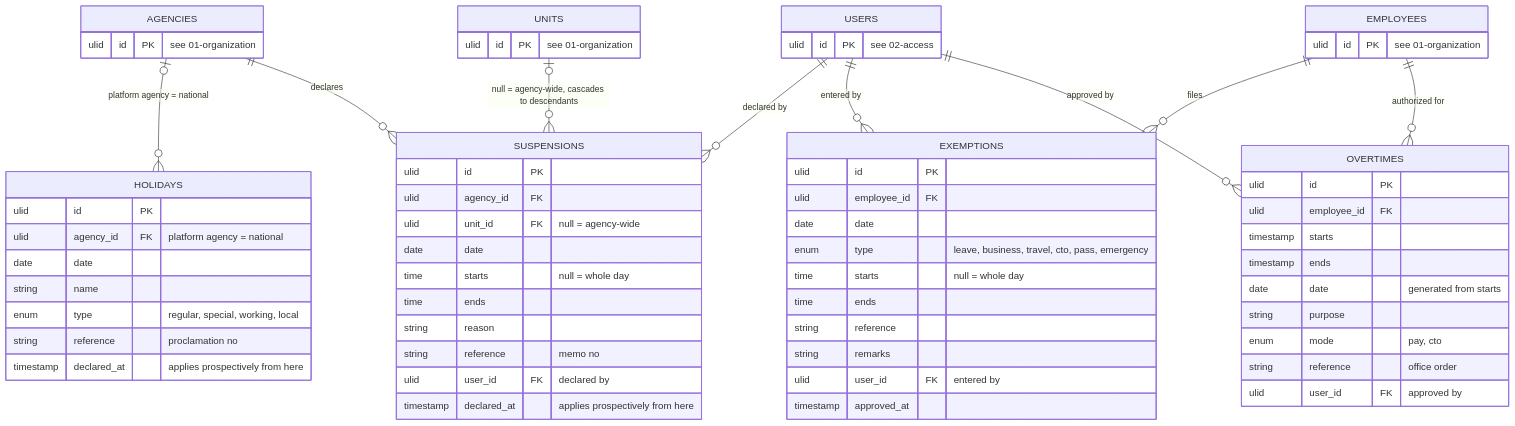
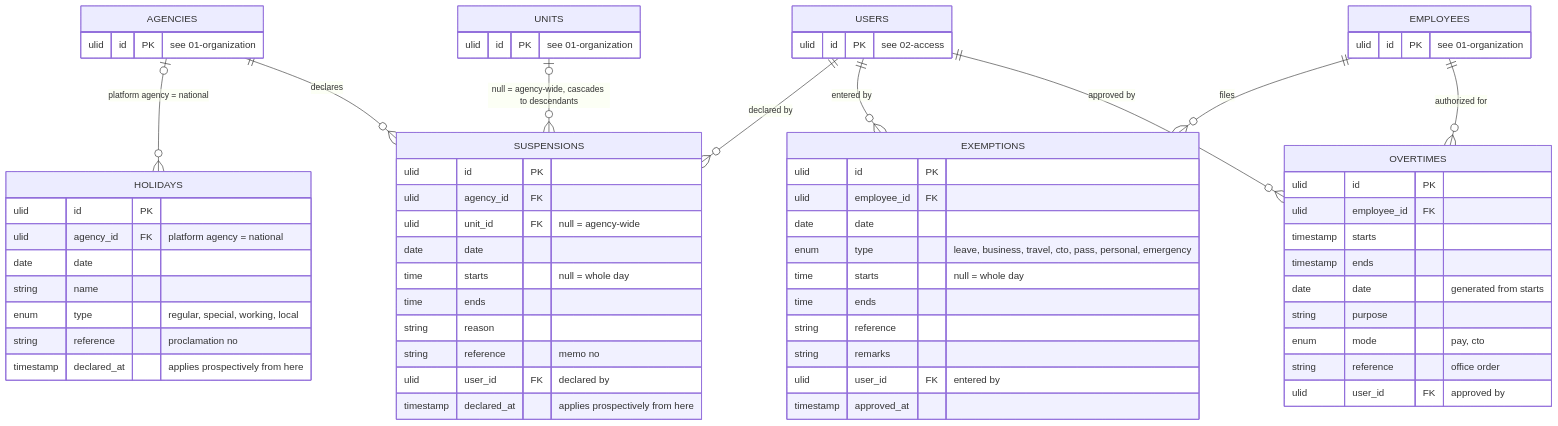
One commit to joowdx/khronoz changed the diagram in docs/design/05-calendar.md. Above: the diagram before and after it, drawn with Mermaid. The commit also changed other lines of this file and 3 other files, not shown here.

````diff
--- a/docs/design/05-calendar.md
+++ b/docs/design/05-calendar.md
@@ -5,68 +5,68 @@
 ```mermaid
 erDiagram
     AGENCIES  |o--o{ HOLIDAYS    : "platform agency = national"
     AGENCIES  ||--o{ SUSPENSIONS : "declares"
     UNITS     |o--o{ SUSPENSIONS : "null = agency-wide, cascades to descendants"
     USERS     ||--o{ SUSPENSIONS : "declared by"
     EMPLOYEES ||--o{ EXEMPTIONS  : "files"
     USERS     ||--o{ EXEMPTIONS  : "entered by"
     EMPLOYEES ||--o{ OVERTIMES   : "authorized for"
     USERS     ||--o{ OVERTIMES   : "approved by"
 
     HOLIDAYS {
         ulid id PK
         ulid agency_id FK "platform agency = national"
         date date
         string name
         enum type "regular, special, working, local"
         string reference "proclamation no"
         timestamp declared_at "applies prospectively from here"
     }
     SUSPENSIONS {
         ulid id PK
         ulid agency_id FK
         ulid unit_id FK "null = agency-wide"
         date date
         time starts "null = whole day"
         time ends
         string reason
         string reference "memo no"
         ulid user_id FK "declared by"
         timestamp declared_at "applies prospectively from here"
     }
     EXEMPTIONS {
         ulid id PK
         ulid employee_id FK
         date date
-        enum type "leave, business, travel, cto, pass, emergency"
+        enum type "leave, business, travel, cto, pass, personal, emergency"
         time starts "null = whole day"
         time ends
         string reference
         string remarks
         ulid user_id FK "entered by"
         timestamp approved_at
     }
     OVERTIMES {
         ulid id PK
         ulid employee_id FK
         timestamp starts
         timestamp ends
         date date "generated from starts"
         string purpose
         enum mode "pay, cto"
         string reference "office order"
         ulid user_id FK "approved by"
     }
     AGENCIES {
         ulid id PK "see 01-organization"
     }
     UNITS {
         ulid id PK "see 01-organization"
     }
     EMPLOYEES {
         ulid id PK "see 01-organization"
     }
     USERS {
         ulid id PK "see 02-access"
     }
 ```
````
